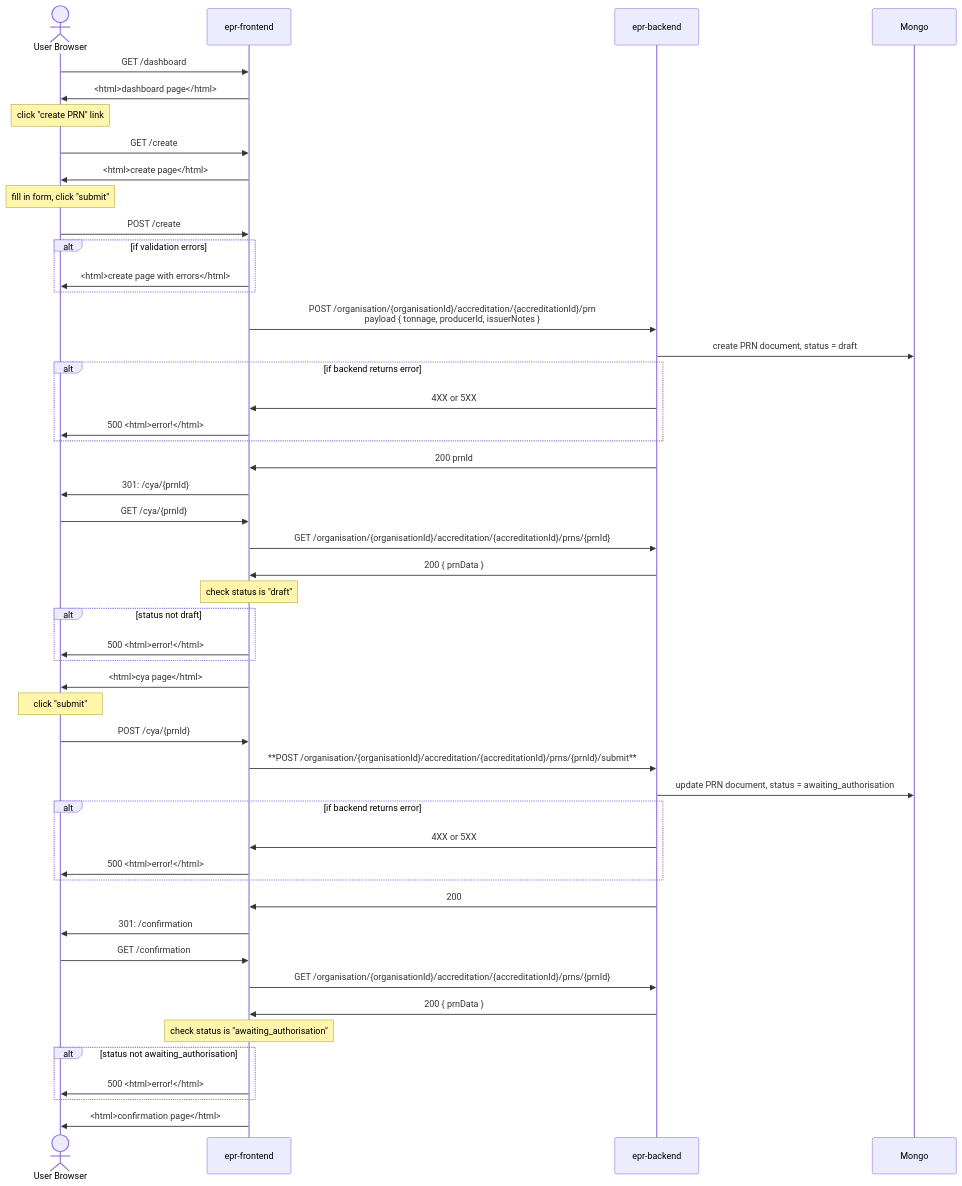
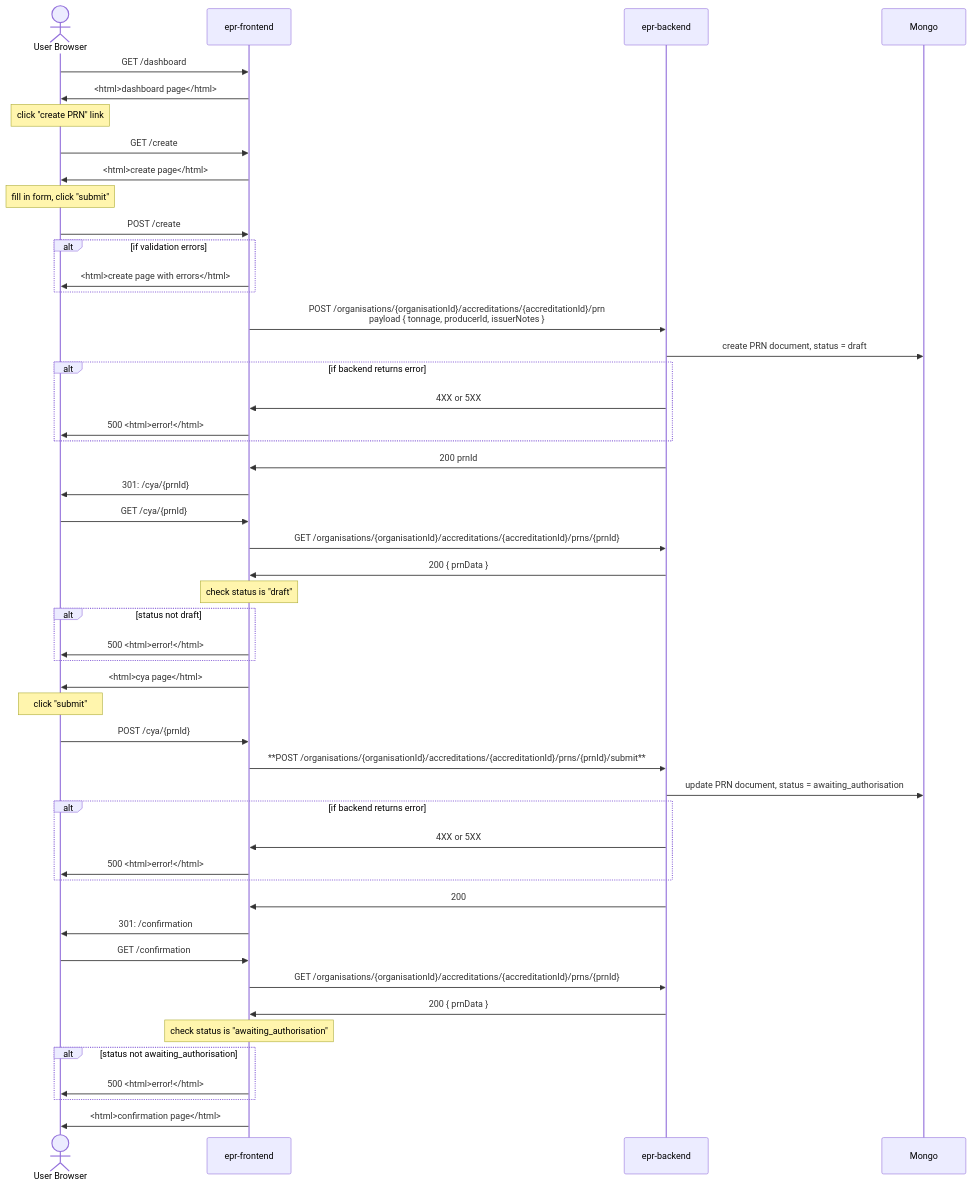
The diagram in docs/tmp-prn-creation-flow.md (DEFRA/epr-re-ex-service), drawn with Mermaid before and after one commit.

Commit message:
Align URLs with existing implementation

````diff
--- a/docs/tmp-prn-creation-flow.md
+++ b/docs/tmp-prn-creation-flow.md
@@ -3,57 +3,57 @@
 ```mermaid
 sequenceDiagram
 
 Actor U as User Browser
 participant FE as epr-frontend
 participant BE as epr-backend
 participant DB as Mongo
 
 
 U->>FE: GET /dashboard
 FE->>U: <html>dashboard page</html>
 note over U: click "create PRN" link
 
 U->>FE: GET /create
 FE->>U: <html>create page</html>
 note over U: fill in form, click "submit"
 U->>FE: POST /create
 alt if validation errors
   FE->>U: <html>create page with errors</html>
 end
-FE->>BE: POST /organisation/{organisationId}/accreditation/{accreditationId}/prn<br>payload { tonnage, producerId, issuerNotes }
+FE->>BE: POST /organisations/{organisationId}/accreditations/{accreditationId}/prn<br>payload { tonnage, producerId, issuerNotes }
 BE->>DB: create PRN document, status = draft
 alt if backend returns error
   BE->>FE: 4XX or 5XX
   FE->>U: 500 <html>error!</html>
 end
 BE->>FE: 200 prnId
 FE->>U: 301: /cya/{prnId}
 
 U->>FE: GET /cya/{prnId}
-FE->>BE: GET /organisation/{organisationId}/accreditation/{accreditationId}/prns/{prnId}
+FE->>BE: GET /organisations/{organisationId}/accreditations/{accreditationId}/prns/{prnId}
 BE->>FE: 200 { prnData }
 note over FE: check status is "draft"
 alt status not draft
   FE->>U: 500 <html>error!</html>
 end
 FE->>U: <html>cya page</html>
 note over U: click "submit"
 U->>FE: POST /cya/{prnId}
-FE->>BE: **POST /organisation/{organisationId}/accreditation/{accreditationId}/prns/{prnId}/submit**
+FE->>BE: **POST /organisations/{organisationId}/accreditations/{accreditationId}/prns/{prnId}/submit**
 BE->>DB: update PRN document, status = awaiting_authorisation
 alt if backend returns error
   BE->>FE: 4XX or 5XX
   FE->>U: 500 <html>error!</html>
 end
 BE->>FE: 200
 FE->>U: 301: /confirmation
 
 U->>FE: GET /confirmation
-FE->>BE: GET /organisation/{organisationId}/accreditation/{accreditationId}/prns/{prnId}
+FE->>BE: GET /organisations/{organisationId}/accreditations/{accreditationId}/prns/{prnId}
 BE->>FE: 200 { prnData }
 note over FE: check status is "awaiting_authorisation"
 alt status not awaiting_authorisation
   FE->>U: 500 <html>error!</html>
 end
 FE->>U: <html>confirmation page</html>
 ```
````
